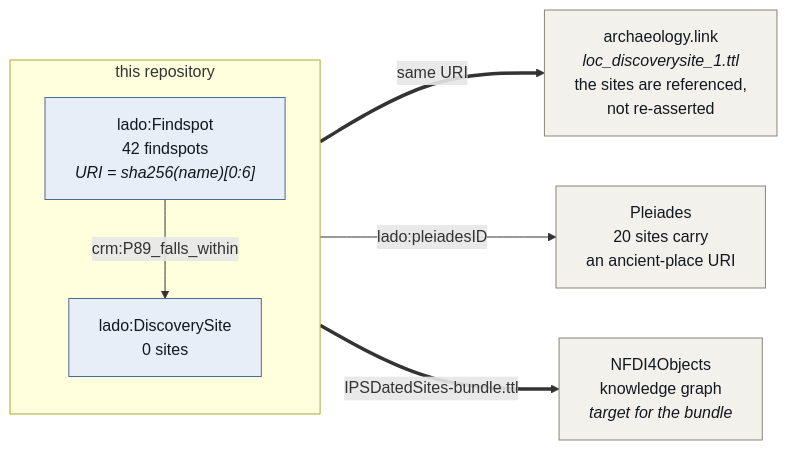
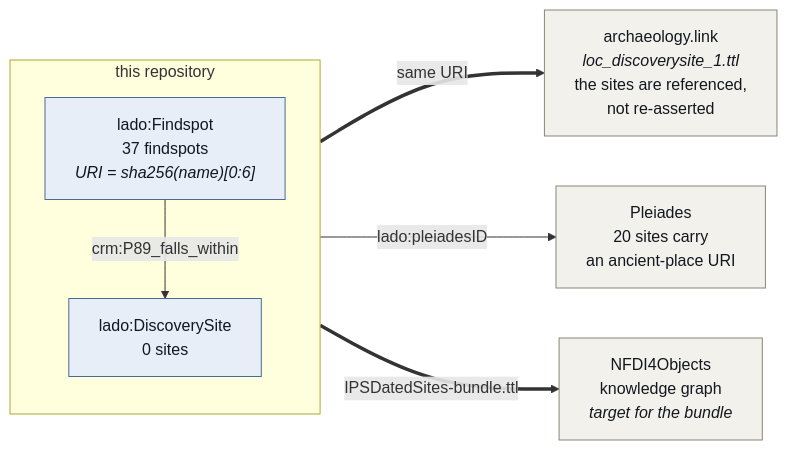
The diagram in docs/diagrams/links.mmd (leiza-rse/IPSDatedSites), drawn with Mermaid before and after one commit. The commit also changed 26 other files, not shown here.

```diff
--- a/docs/diagrams/links.mmd
+++ b/docs/diagrams/links.mmd
@@ -1,24 +1,24 @@
 flowchart LR
     subgraph ours["this repository"]
         direction TB
-        FS["lado:Findspot<br/>42 findspots<br/><i>URI = sha256(name)[0:6]</i>"]
+        FS["lado:Findspot<br/>37 findspots<br/><i>URI = sha256(name)[0:6]</i>"]
         DSITE["lado:DiscoverySite<br/>0 sites"]
         FS -->|crm:P89_falls_within| DSITE
     end
 
     AL["archaeology.link<br/><i>loc_discoverysite_1.ttl</i><br/>the sites are referenced,<br/>not re-asserted"]
     PL["Pleiades<br/>20 sites carry<br/>an ancient-place URI"]
     N4O["NFDI4Objects<br/>knowledge graph<br/><i>target for the bundle</i>"]
 
     DSITE ==>|same URI| AL
     DSITE -->|lado:pleiadesID| PL
     ours ==>|IPSDatedSites-bundle.ttl| N4O
 
     class FS,DSITE local
     class AL,PL,N4O ext
 
     classDef local fill:#e8eef7,stroke:#4a6b96,stroke-width:1px,color:#12181f
     classDef crm fill:#efe7f5,stroke:#7a5a96,stroke-width:1px,color:#12181f
     classDef time fill:#e3f2ec,stroke:#3f8a70,stroke-width:1px,color:#12181f
     classDef ext fill:#f3f1ec,stroke:#8a857a,stroke-width:1px,color:#12181f
     classDef io fill:#faf3e3,stroke:#a8872e,stroke-width:1px,color:#12181f
```
